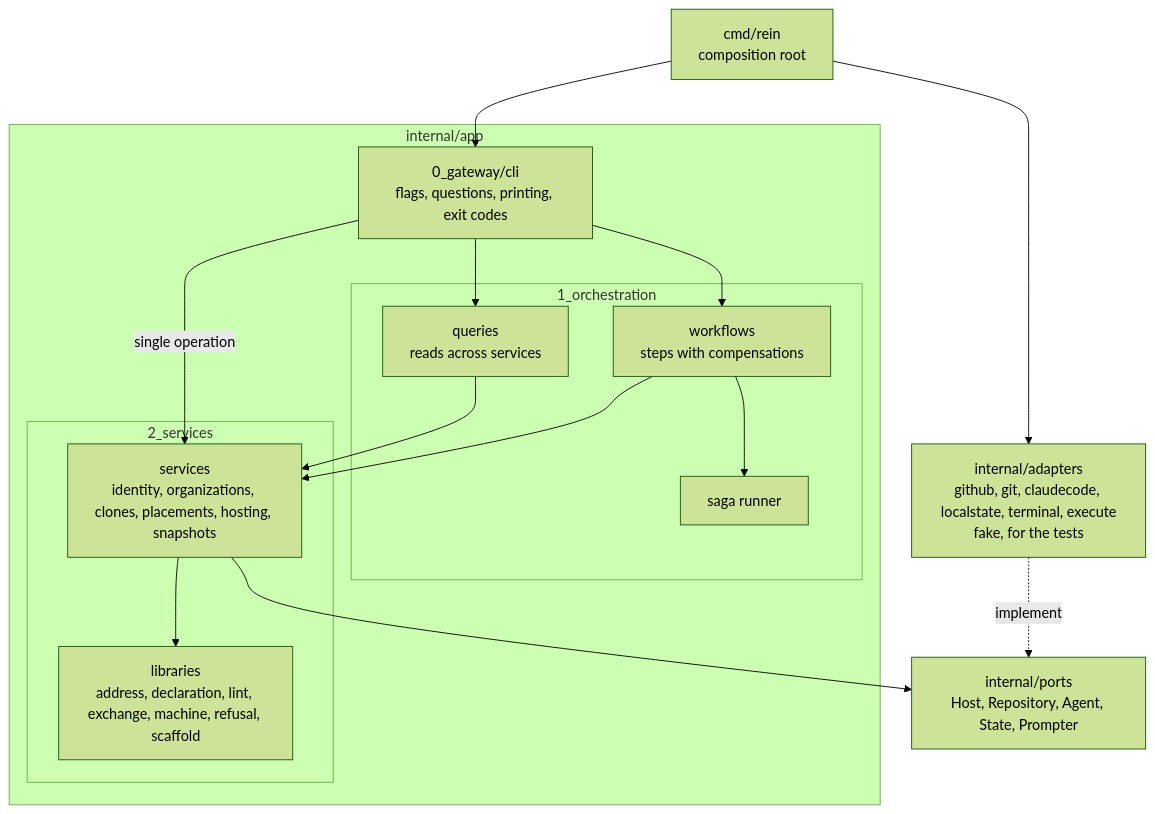
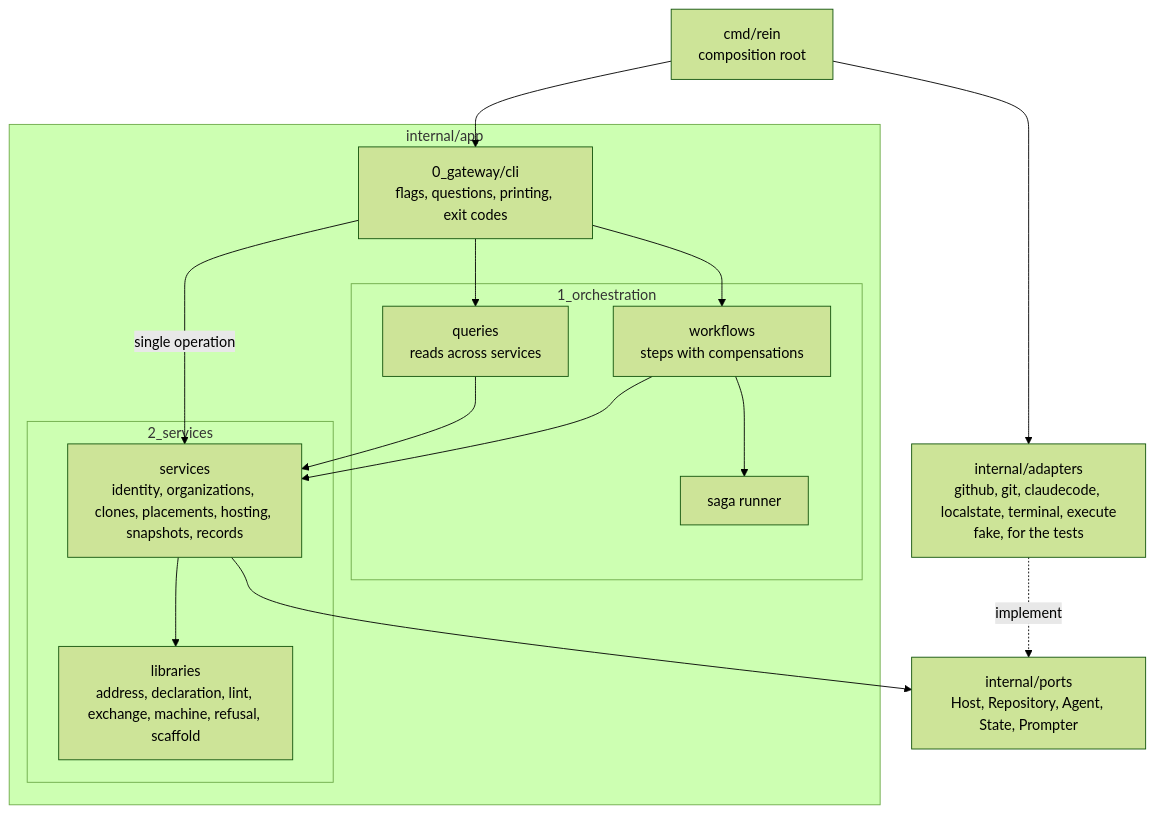
Before and after one commit to Danidani23/agents-rein: the diagram in docs/architecture.md, drawn with Mermaid (forest theme). The commit also changed other lines of this file and 24 other files, not shown here.

````diff
--- a/docs/architecture.md
+++ b/docs/architecture.md
@@ -18,30 +18,30 @@
 ```mermaid
 flowchart TB
     main["cmd/rein<br/>composition root"]
     subgraph app["internal/app"]
         gateway["0_gateway/cli<br/>flags, questions, printing, exit codes"]
         subgraph orchestration["1_orchestration"]
             workflows["workflows<br/>steps with compensations"]
             queries["queries<br/>reads across services"]
             runner["saga runner"]
         end
         subgraph services["2_services"]
-            svc["services<br/>identity, organizations, clones, placements, hosting, snapshots"]
+            svc["services<br/>identity, organizations, clones, placements, hosting, snapshots, records"]
             libs["libraries<br/>address, declaration, lint, exchange, machine, refusal, scaffold"]
         end
     end
     ports["internal/ports<br/>Host, Repository, Agent, State, Prompter"]
     adapters["internal/adapters<br/>github, git, claudecode, localstate, terminal, execute<br/>fake, for the tests"]
 
     main --> gateway
     main --> adapters
     gateway --> workflows
     gateway --> queries
     gateway -- "single operation" --> svc
     workflows --> runner
     workflows --> svc
     queries --> svc
     svc --> ports
     svc --> libs
     adapters -. implement .-> ports
 ```
````
